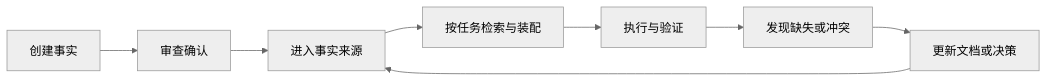
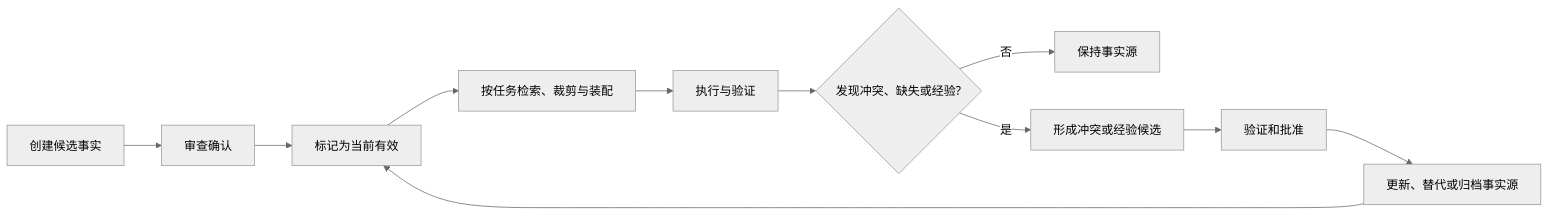
The second of 2 diagrams in 04_Context工程/Context与记忆管理.md (zhidao-studio/ai-product-engineering-framework), drawn with Mermaid (neutral theme) before and after one commit. The commit also changed other lines of this file, not shown here.

````diff
--- a/04_Context工程/Context与记忆管理.md
+++ b/04_Context工程/Context与记忆管理.md
@@ -49,10 +146,13 @@
 ```mermaid
 flowchart LR
-    A[创建事实] --> B[审查确认]
-    B --> C[进入事实来源]
-    C --> D[按任务检索与装配]
+    A[创建候选事实] --> B[审查确认]
+    B --> C[标记为当前有效]
+    C --> D[按任务检索、裁剪与装配]
     D --> E[执行与验证]
-    E --> F[发现缺失或冲突]
-    F --> G[更新文档或决策]
-    G --> C
+    E --> F{发现冲突、缺失或经验?}
+    F -->|否| G[保持事实源]
+    F -->|是| H[形成冲突或经验候选]
+    H --> I[验证和批准]
+    I --> J[更新、替代或归档事实源]
+    J --> C
 ```
````
